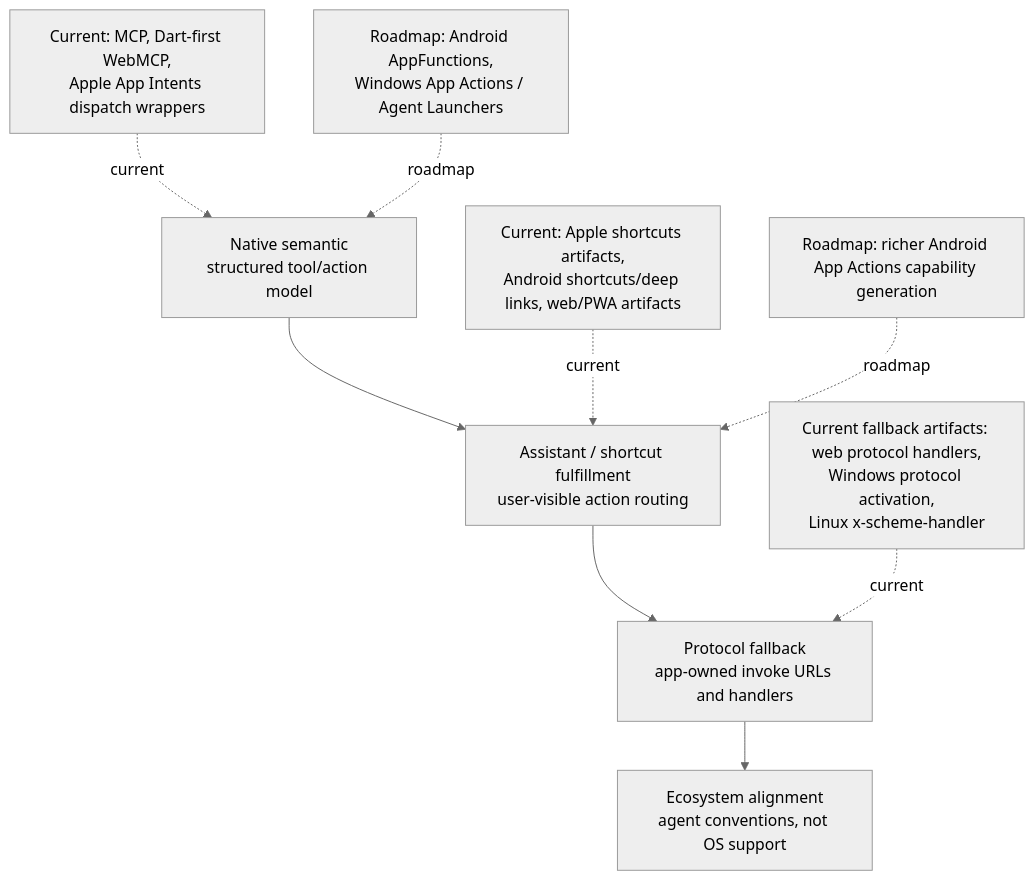
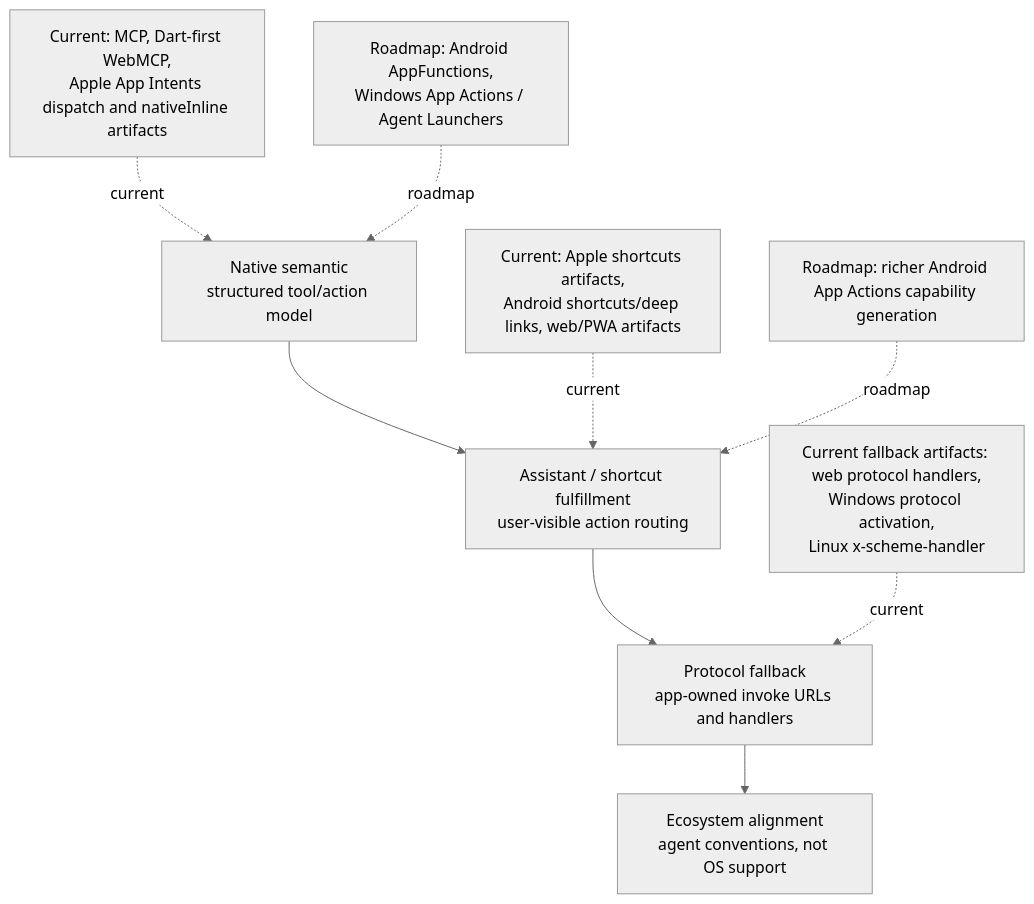
Before and after one commit to Arenukvern/intentcall: the diagram in docs/start_here/platform_support.mdx, drawn with Mermaid (neutral theme). The commit also changed other lines of this file and 37 other files, not shown here.

Commit message:
feat(intentcall_platform): add Apple inline runtime proof scaffolds

````diff
--- a/docs/start_here/platform_support.mdx
+++ b/docs/start_here/platform_support.mdx
@@ -5,12 +5,12 @@
 ```mermaid
 flowchart TB
   native["Native semantic\nstructured tool/action model"] --> assistant["Assistant / shortcut fulfillment\nuser-visible action routing"]
   assistant --> fallback["Protocol fallback\napp-owned invoke URLs and handlers"]
   fallback --> ecosystem["Ecosystem alignment\nagent conventions, not OS support"]
 
-  nativeCurrent["Current: MCP, Dart-first WebMCP,\nApple App Intents dispatch wrappers"] -. current .-> native
+  nativeCurrent["Current: MCP, Dart-first WebMCP,\nApple App Intents dispatch and nativeInline artifacts"] -. current .-> native
   nativeRoadmap["Roadmap: Android AppFunctions,\nWindows App Actions / Agent Launchers"] -. roadmap .-> native
   assistantCurrent["Current: Apple shortcuts artifacts,\nAndroid shortcuts/deep links, web/PWA artifacts"] -. current .-> assistant
   assistantRoadmap["Roadmap: richer Android App Actions capability generation"] -. roadmap .-> assistant
   fallbackCurrent["Current fallback artifacts: web protocol handlers,\nWindows protocol activation,\nLinux x-scheme-handler"] -. current .-> fallback
 ```
````
